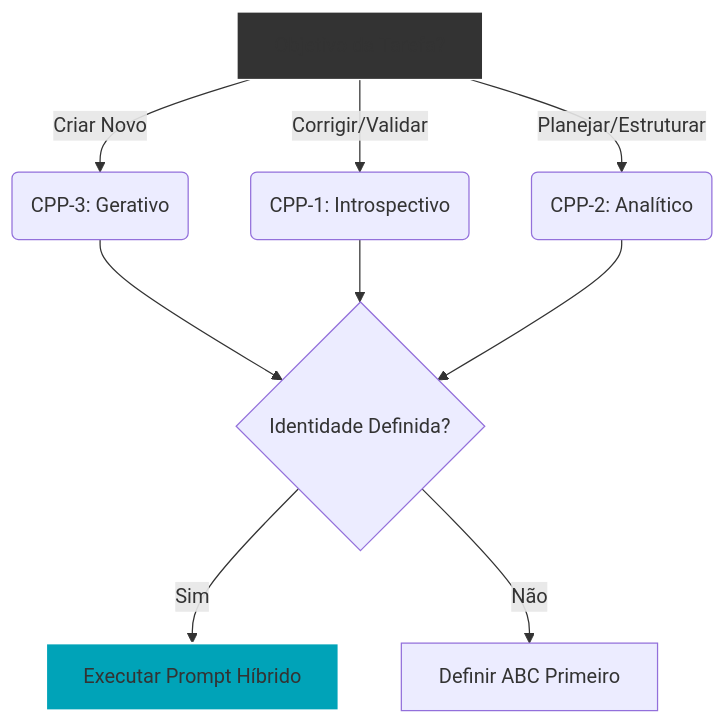
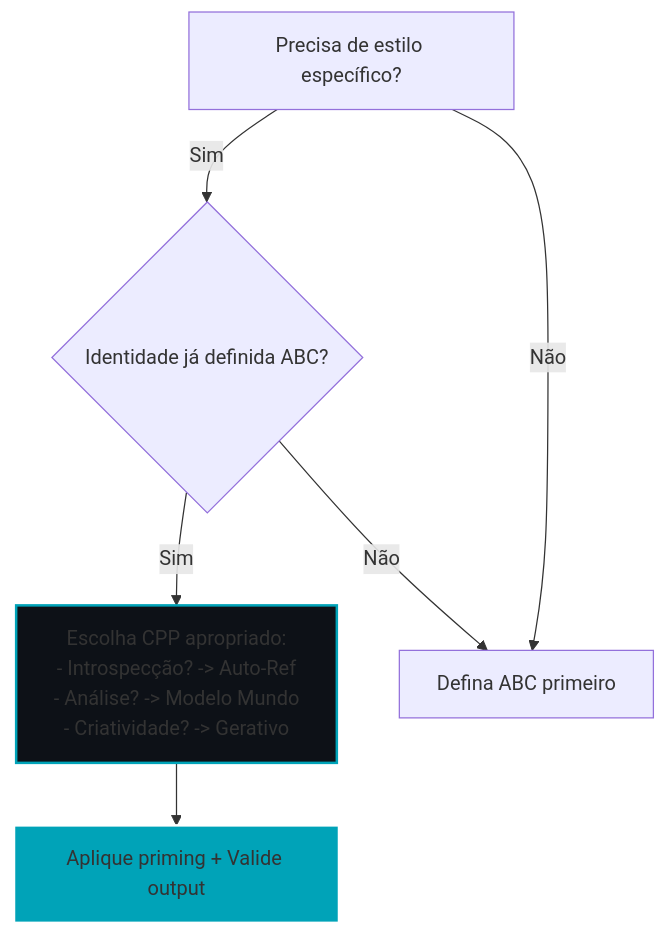
One commit to aleeepassarelli/semantic-latent-engineering changed the diagram in chapters/04_design pattern_ cpp.md. Above: the diagram before and after it, drawn with Mermaid. The commit also changed other lines of this file, not shown here.

Commit message:
Update 04_design pattern_ cpp.md

````diff
--- a/chapters/04_design pattern_ cpp.md
+++ b/chapters/04_design pattern_ cpp.md
@@ -86,16 +153,11 @@
 ```mermaid
 graph TD
-    A[Objetivo da Tarefa?] -->|Criar Novo| B(CPP-3: Gerativo)
-    A -->|Corrigir/Validar| C(CPP-1: Introspectivo)
-    A -->|Planejar/Estruturar| D(CPP-2: Analítico)
+    A[Precisa de estilo específico?] -->|Sim| B{Identidade já definida ABC?}
+    B -->|Sim| C[Escolha CPP apropriado:<br/>- Introspecção? -> Auto-Ref<br/>- Análise? -> Modelo Mundo<br/>- Criatividade? -> Gerativo]
+    C --> D[Aplique priming + Valide output]
+    A -->|Não| E[Defina ABC primeiro]
+    B -->|Não| E
     
-    B --> E{Identidade Definida?}
-    C --> E
-    D --> E
-    
-    E -->|Sim| F[Executar Prompt Híbrido]
-    E -->|Não| G[Definir ABC Primeiro]
-    
-    style A fill:#333,stroke:#fff
-    style F fill:#00a3b8,stroke:#fff,stroke-width:2px
+    style C fill:#0d1117,stroke:#00a3b8,stroke-width:2px
+    style D fill:#00a3b8,stroke:#fff,stroke-width:2px
 ```
````
